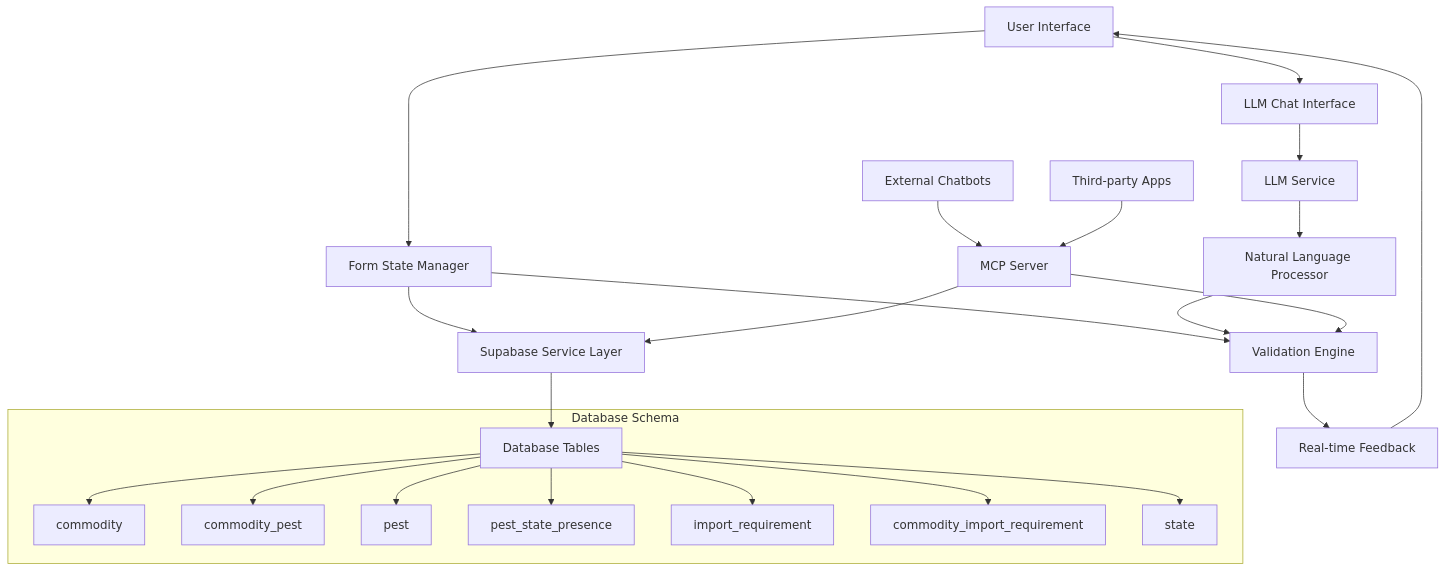
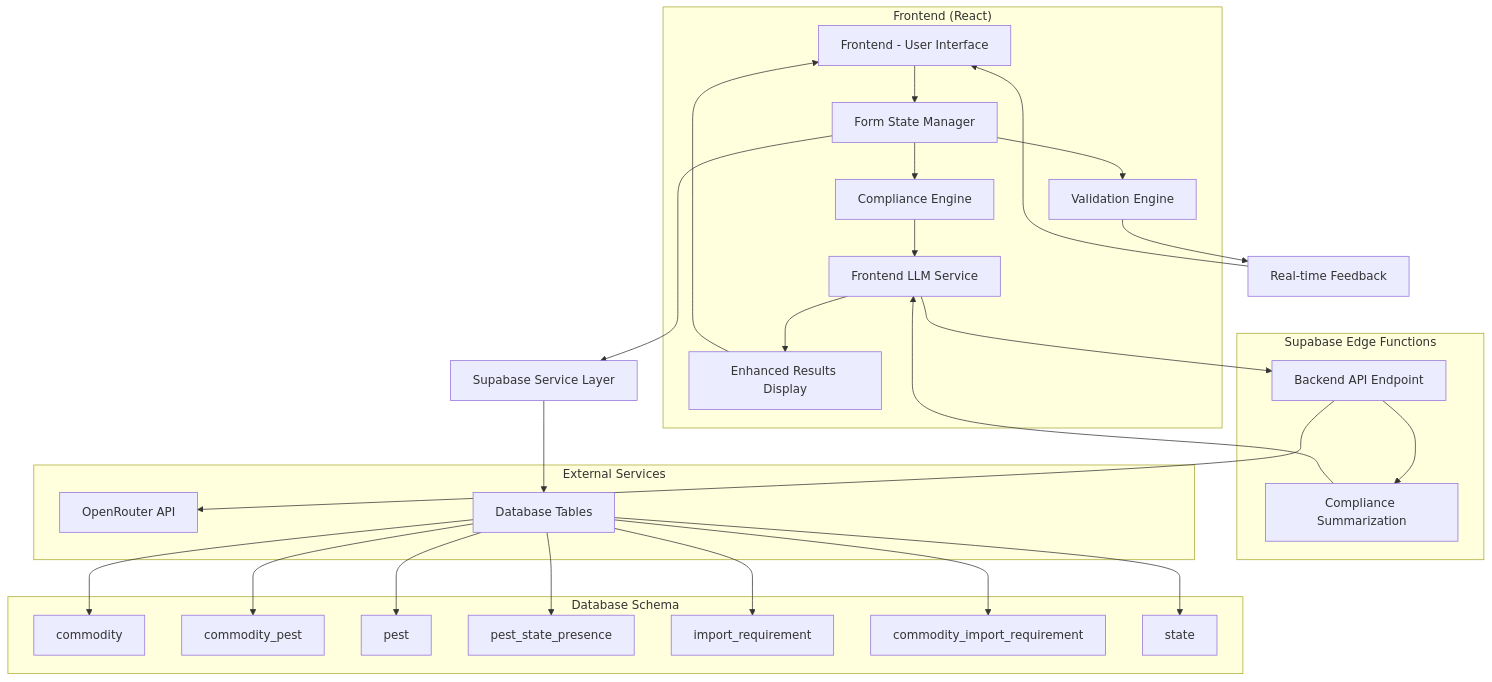
One commit to michagodfrey/plant-passport changed the first of 2 diagrams in .kiro/specs/dynamic-plant-compliance-form/design.md. Above: the diagram before and after it, drawn with Mermaid. The commit also changed other lines of this file and 18 other files, not shown here.

Commit message:
add AI summary with supabase Edge function

````diff
--- a/.kiro/specs/dynamic-plant-compliance-form/design.md
+++ b/.kiro/specs/dynamic-plant-compliance-form/design.md
@@ -27,28 +19,46 @@
 ```mermaid
 graph TB
-    A[User Interface] --> B[Form State Manager]
-    A --> N[LLM Chat Interface]
+    A[Frontend - User Interface] --> B[Form State Manager]
     B --> C[Validation Engine]
     B --> D[Supabase Service Layer]
-    N --> O[LLM Service]
-    O --> P[Natural Language Processor]
-    P --> C
+    B --> N[Compliance Engine]
+    N --> O[Frontend LLM Service]
+    O --> P[Backend API Endpoint]
+    P --> Q[OpenRouter API]
+    P --> R[Compliance Summarization]
+    R --> O
+    O --> S[Enhanced Results Display]
+    S --> A
     D --> E[Database Tables]
     C --> F[Real-time Feedback]
     F --> A
     
-    Q[MCP Server] --> D
-    Q --> C
-    R[External Chatbots] --> Q
-    S[Third-party Apps] --> Q
+    subgraph "Frontend (React)"
+        A
+        B
+        C
+        N
+        O
+        S
+    end
+    
+    subgraph "Supabase Edge Functions"
+        P
+        R
+    end
+    
+    subgraph "External Services"
+        Q
+        E
+    end
     
     subgraph "Database Schema"
         E --> G[commodity]
         E --> H[commodity_pest]
         E --> I[pest]
         E --> J[pest_state_presence]
         E --> K[import_requirement]
         E --> L[commodity_import_requirement]
         E --> M[state]
     end
 ```
````
